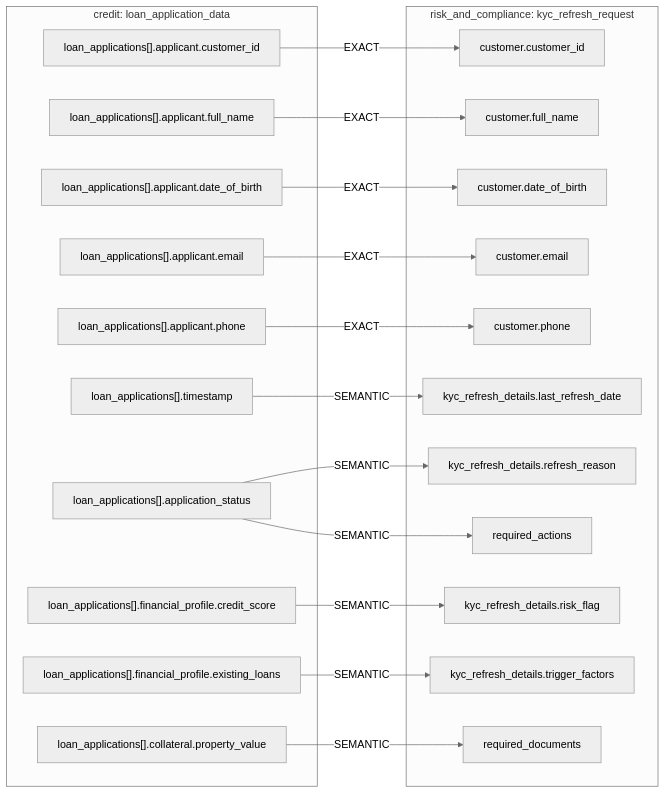
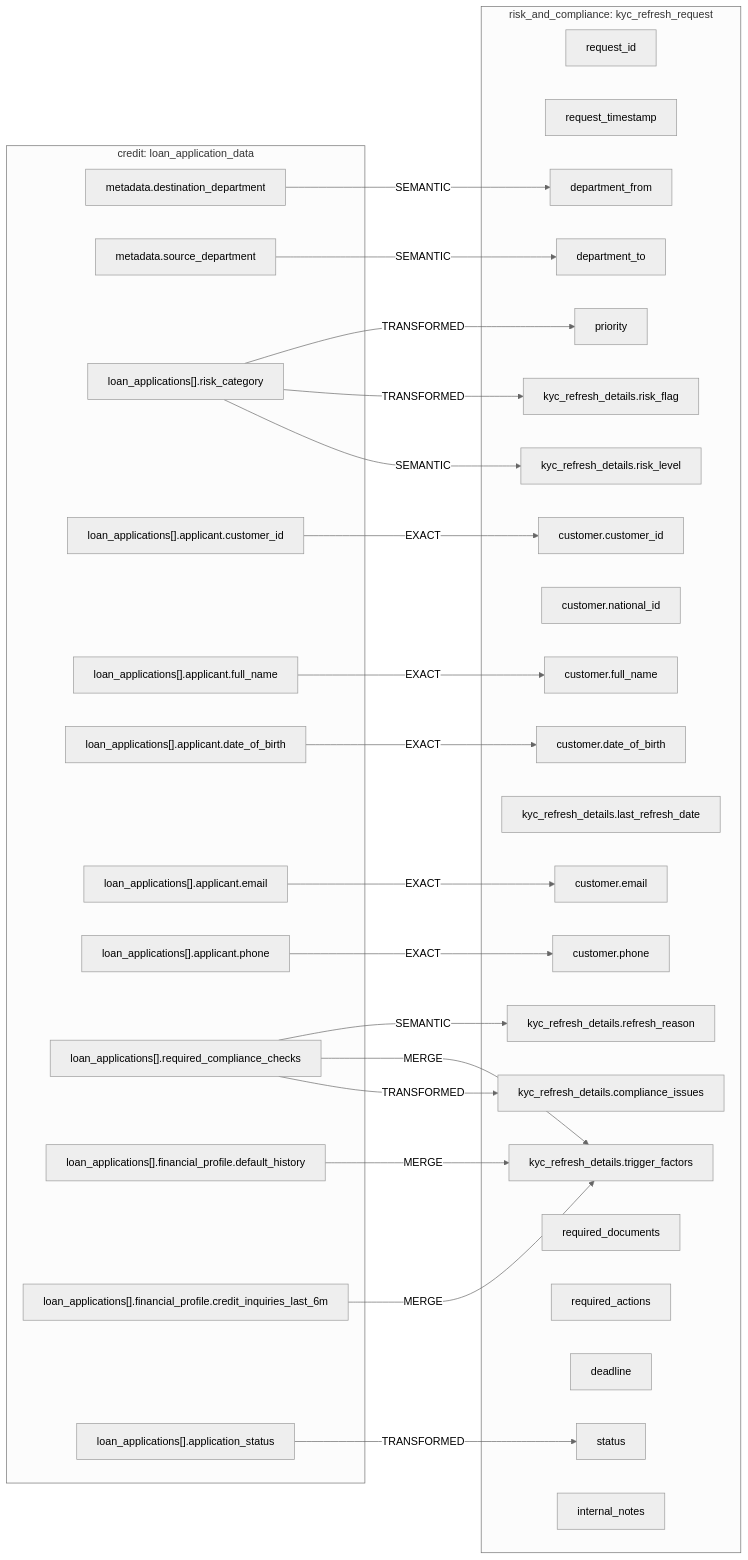
One commit to MAKWilkinson/HSBC-Data-Fabric-PoC-v2 changed the diagram in mermaids/risk_and_compliance/customer/kyc_refresh_request__from__credit__loan_application_data.mmd. Above: the diagram before and after it, drawn with Mermaid (neutral theme). The commit also changed 447 other files, not shown here.

```diff
--- a/mermaids/risk_and_compliance/customer/kyc_refresh_request__from__credit__loan_application_data.mmd
+++ b/mermaids/risk_and_compliance/customer/kyc_refresh_request__from__credit__loan_application_data.mmd
@@ -1,37 +1,55 @@
 flowchart LR
   subgraph IN["credit: loan_application_data"]
+    in_metadata_destination_department["metadata.destination_department"]
+    in_metadata_source_department["metadata.source_department"]
+    in_loan_applications___risk_category["loan_applications[].risk_category"]
     in_loan_applications___applicant_customer_id["loan_applications[].applicant.customer_id"]
     in_loan_applications___applicant_full_name["loan_applications[].applicant.full_name"]
     in_loan_applications___applicant_date_of_birth["loan_applications[].applicant.date_of_birth"]
     in_loan_applications___applicant_email["loan_applications[].applicant.email"]
     in_loan_applications___applicant_phone["loan_applications[].applicant.phone"]
-    in_loan_applications___timestamp["loan_applications[].timestamp"]
+    in_loan_applications___required_compliance_checks["loan_applications[].required_compliance_checks"]
+    in_loan_applications___financial_profile_default_history["loan_applications[].financial_profile.default_history"]
+    in_loan_applications___financial_profile_credit_inquiries_last_6m["loan_applications[].financial_profile.credit_inquiries_last_6m"]
     in_loan_applications___application_status["loan_applications[].application_status"]
-    in_loan_applications___financial_profile_credit_score["loan_applications[].financial_profile.credit_score"]
-    in_loan_applications___financial_profile_existing_loans["loan_applications[].financial_profile.existing_loans"]
-    in_loan_applications___collateral_property_value["loan_applications[].collateral.property_value"]
   end
   subgraph OUT["risk_and_compliance: kyc_refresh_request"]
+    out_request_id["request_id"]
+    out_request_timestamp["request_timestamp"]
+    out_department_from["department_from"]
+    out_department_to["department_to"]
+    out_priority["priority"]
     out_customer_customer_id["customer.customer_id"]
     out_customer_full_name["customer.full_name"]
     out_customer_date_of_birth["customer.date_of_birth"]
+    out_customer_national_id["customer.national_id"]
     out_customer_email["customer.email"]
     out_customer_phone["customer.phone"]
     out_kyc_refresh_details_last_refresh_date["kyc_refresh_details.last_refresh_date"]
     out_kyc_refresh_details_refresh_reason["kyc_refresh_details.refresh_reason"]
     out_kyc_refresh_details_risk_flag["kyc_refresh_details.risk_flag"]
+    out_kyc_refresh_details_risk_level["kyc_refresh_details.risk_level"]
     out_kyc_refresh_details_trigger_factors["kyc_refresh_details.trigger_factors"]
+    out_kyc_refresh_details_compliance_issues["kyc_refresh_details.compliance_issues"]
     out_required_documents["required_documents"]
     out_required_actions["required_actions"]
+    out_deadline["deadline"]
+    out_status["status"]
+    out_internal_notes["internal_notes"]
   end
+  in_metadata_destination_department -->|SEMANTIC| out_department_from
+  in_metadata_source_department -->|SEMANTIC| out_department_to
+  in_loan_applications___risk_category -->|TRANSFORMED| out_priority
   in_loan_applications___applicant_customer_id -->|EXACT| out_customer_customer_id
   in_loan_applications___applicant_full_name -->|EXACT| out_customer_full_name
   in_loan_applications___applicant_date_of_birth -->|EXACT| out_customer_date_of_birth
   in_loan_applications___applicant_email -->|EXACT| out_customer_email
   in_loan_applications___applicant_phone -->|EXACT| out_customer_phone
-  in_loan_applications___timestamp -->|SEMANTIC| out_kyc_refresh_details_last_refresh_date
-  in_loan_applications___application_status -->|SEMANTIC| out_kyc_refresh_details_refresh_reason
-  in_loan_applications___financial_profile_credit_score -->|SEMANTIC| out_kyc_refresh_details_risk_flag
-  in_loan_applications___financial_profile_existing_loans -->|SEMANTIC| out_kyc_refresh_details_trigger_factors
-  in_loan_applications___collateral_property_value -->|SEMANTIC| out_required_documents
-  in_loan_applications___application_status -->|SEMANTIC| out_required_actions
+  in_loan_applications___required_compliance_checks -->|SEMANTIC| out_kyc_refresh_details_refresh_reason
+  in_loan_applications___risk_category -->|TRANSFORMED| out_kyc_refresh_details_risk_flag
+  in_loan_applications___risk_category -->|SEMANTIC| out_kyc_refresh_details_risk_level
+  in_loan_applications___required_compliance_checks -->|MERGE| out_kyc_refresh_details_trigger_factors
+  in_loan_applications___financial_profile_default_history -->|MERGE| out_kyc_refresh_details_trigger_factors
+  in_loan_applications___financial_profile_credit_inquiries_last_6m -->|MERGE| out_kyc_refresh_details_trigger_factors
+  in_loan_applications___required_compliance_checks -->|TRANSFORMED| out_kyc_refresh_details_compliance_issues
+  in_loan_applications___application_status -->|TRANSFORMED| out_status
```
